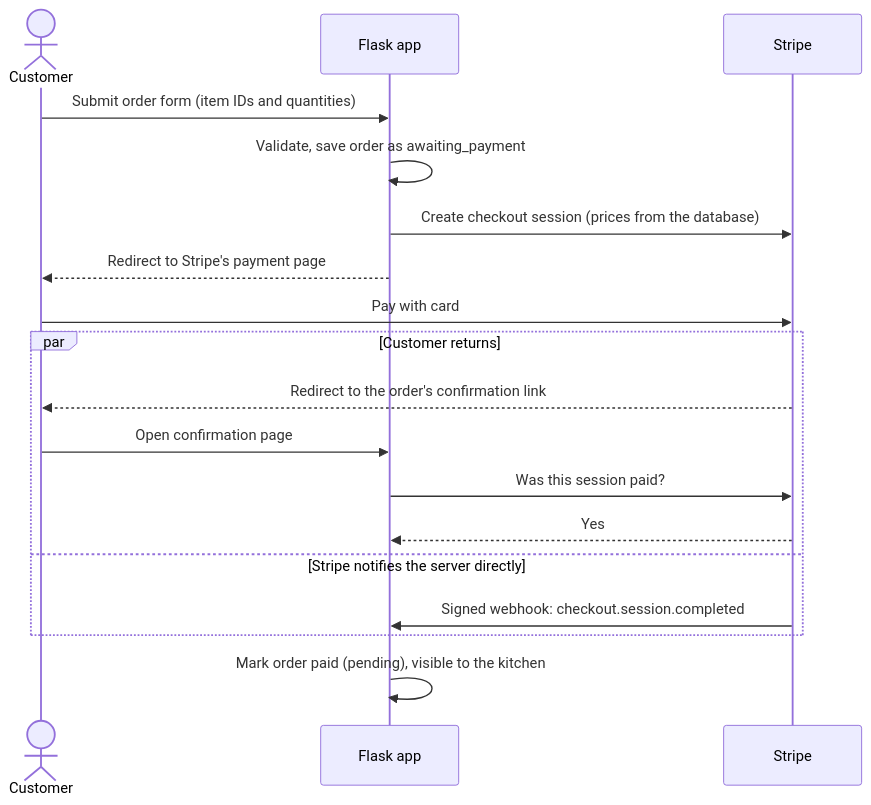
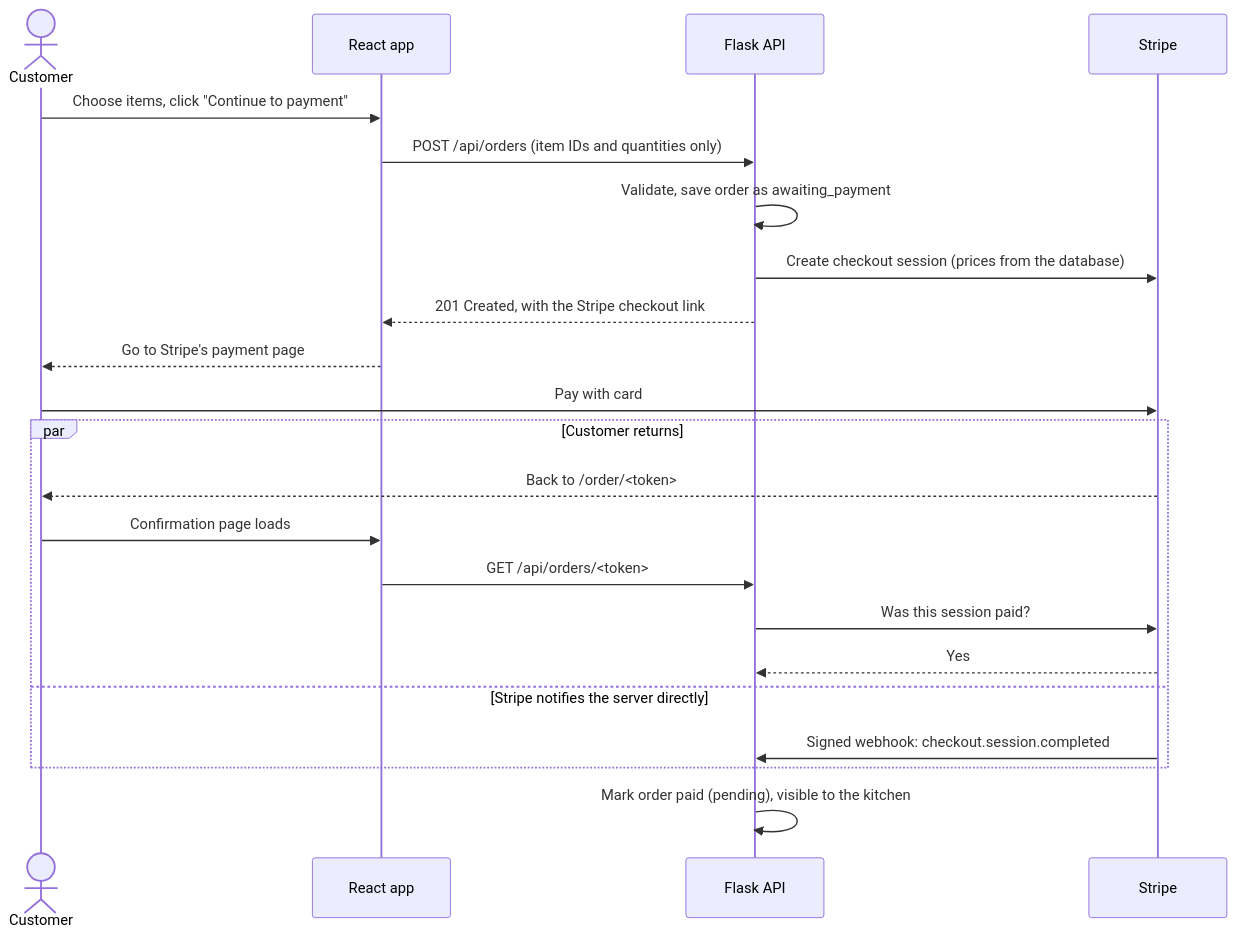
The third of 3 diagrams in README.md (ericwei2235/restaurant-menu-system), drawn with Mermaid before and after one commit. The commit also changed other lines of this file, not shown here.

Commit message:
Document the React frontend, REST API, and v2 deployment

````diff
--- a/README.md
+++ b/README.md
@@ -74,21 +99,25 @@
 ```mermaid
 sequenceDiagram
     actor Customer
-    participant App as Flask app
+    participant React as React app
+    participant API as Flask API
     participant Stripe
 
-    Customer->>App: Submit order form (item IDs and quantities)
-    App->>App: Validate, save order as awaiting_payment
-    App->>Stripe: Create checkout session (prices from the database)
-    App-->>Customer: Redirect to Stripe's payment page
+    Customer->>React: Choose items, click "Continue to payment"
+    React->>API: POST /api/orders (item IDs and quantities only)
+    API->>API: Validate, save order as awaiting_payment
+    API->>Stripe: Create checkout session (prices from the database)
+    API-->>React: 201 Created, with the Stripe checkout link
+    React-->>Customer: Go to Stripe's payment page
     Customer->>Stripe: Pay with card
     par Customer returns
-        Stripe-->>Customer: Redirect to the order's confirmation link
-        Customer->>App: Open confirmation page
-        App->>Stripe: Was this session paid?
-        Stripe-->>App: Yes
+        Stripe-->>Customer: Back to /order/<token>
+        Customer->>React: Confirmation page loads
+        React->>API: GET /api/orders/<token>
+        API->>Stripe: Was this session paid?
+        Stripe-->>API: Yes
     and Stripe notifies the server directly
-        Stripe->>App: Signed webhook: checkout.session.completed
+        Stripe->>API: Signed webhook: checkout.session.completed
     end
-    App->>App: Mark order paid (pending), visible to the kitchen
+    API->>API: Mark order paid (pending), visible to the kitchen
 ```
````
